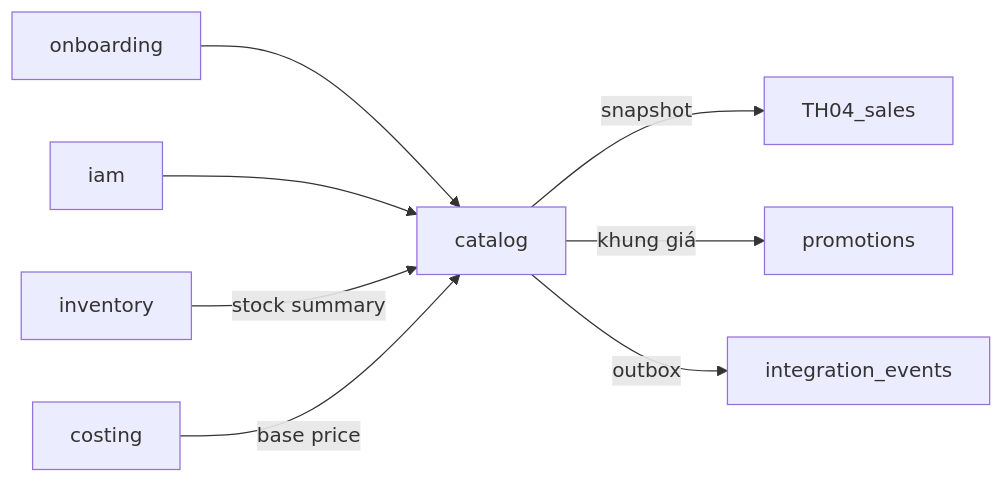
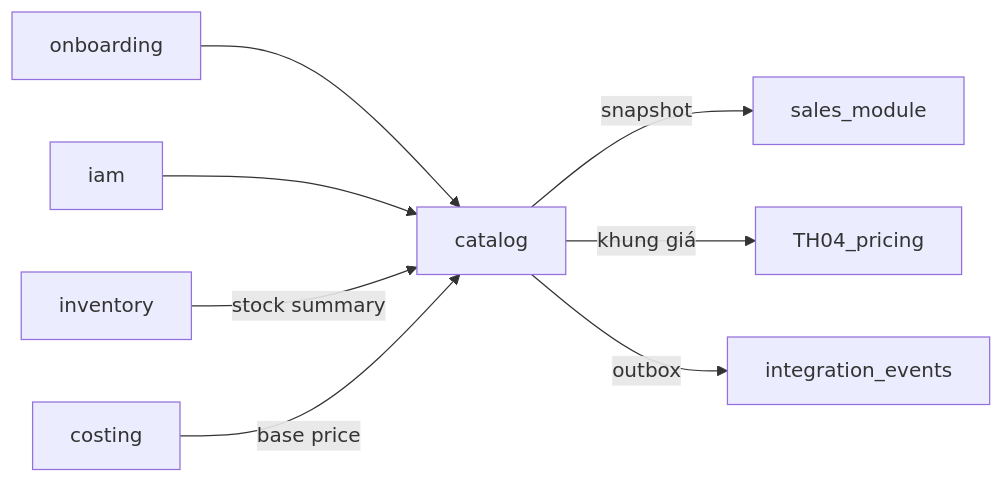
Before and after one commit to DsChien102/erp-sales-inventory: the diagram in docs/themes/TH-02-product-pricing/harness/02-module-map.md, drawn with Mermaid. The commit also changed other lines of this file and 30 other files, not shown here.

````diff
--- a/docs/themes/TH-02-product-pricing/harness/02-module-map.md
+++ b/docs/themes/TH-02-product-pricing/harness/02-module-map.md
@@ -25,10 +26,10 @@
 ```mermaid
 flowchart LR
   Onboarding[onboarding] --> Catalog[catalog]
   IAM[iam] --> Catalog
   Inventory[inventory] -->|stock summary| Catalog
   Costing[costing] -->|base price| Catalog
-  Catalog -->|snapshot| Sales[TH04_sales]
-  Catalog -->|khung giá| Promotions[promotions]
+  Catalog -->|snapshot| Sales[sales_module]
+  Catalog -->|khung giá| Pricing[TH04_pricing]
   Catalog -->|outbox| Events[integration_events]
 ```
````
